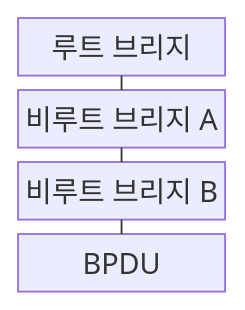
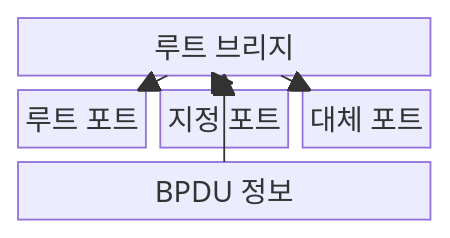
The first of 2 diagrams in src/content/docs/notes/04-network/017_stp_rstp_loop_prevention.md (agnusdei1207/knowledge-base), drawn with Mermaid before and after one commit. The commit also changed other lines of this file and 20 other files, not shown here.

````diff
--- a/src/content/docs/notes/04-network/017_stp_rstp_loop_prevention.md
+++ b/src/content/docs/notes/04-network/017_stp_rstp_loop_prevention.md
@@ -60,11 +60,13 @@
 ```mermaid
 block-beta
-    columns 1
-    A["루트 브리지"]
-    B["비루트 브리지 A"]
-    C["비루트 브리지 B"]
-    D["BPDU"]
-    A --- B
-    B --- C
-    C --- D
+    columns 3
+    ROOT["루트 브리지"]:3
+    RP["루트 포트"]
+    DP["지정 포트"]
+    AP["대체 포트"]
+    BPDU["BPDU 정보"]:3
+    ROOT --> RP
+    ROOT --> DP
+    ROOT --> AP
+    BPDU --> ROOT
 ```
````
